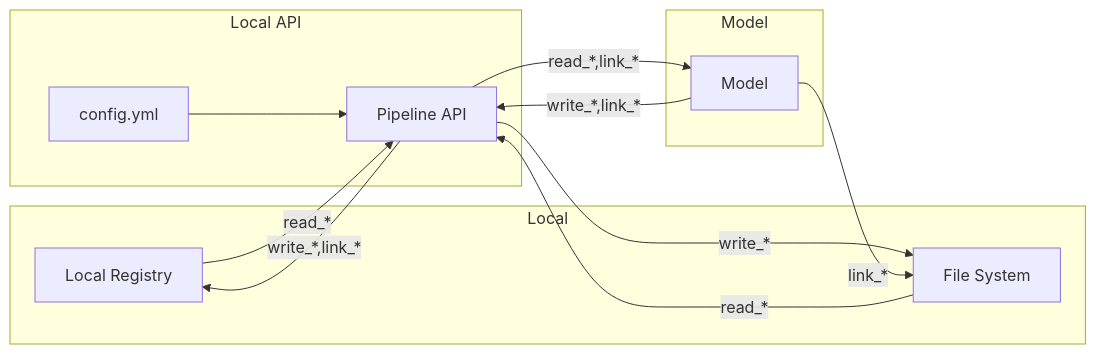
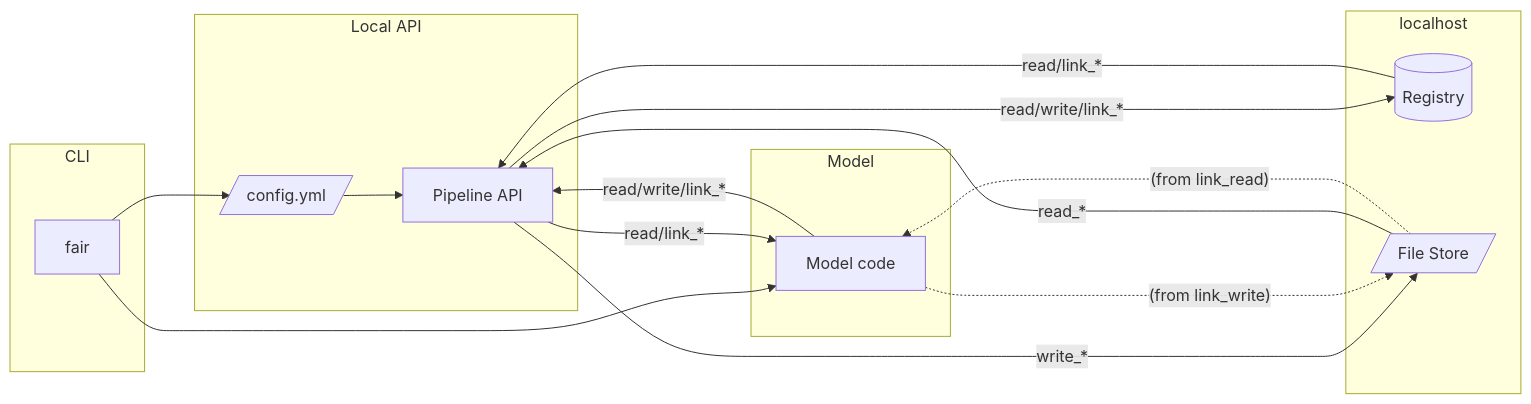
One commit to FAIRDataPipeline/hugo_source_files changed the first of 2 diagrams in content/_index.md. Above: the diagram before and after it, drawn with Mermaid. The commit also changed other lines of this file, not shown here.

Commit message:
Update flowcharts

```diff
--- a/content/_index.md
+++ b/content/_index.md
@@ -23,26 +23,30 @@
 {{<mermaid align="left">}}
-graph LR;
-    subgraph Local
-        LR[Local Registry]
-        FS[File System]
+flowchart LR;
+    subgraph CLI
+        fair
     end
     subgraph Local API
         API[Pipeline API]
-        CY[config.yml]
+        CY[/config.yml/]
+    end
+    subgraph localhost
+        LR[(Registry)]
+        FS[/File Store/]
     end
     subgraph Model
-        M[Model]
+        MC[Model code]
     end
  
-    LR -->|read_*| API
-    API-->|write_*,link_*| LR
-    FS-->|read_*| API
-    API-->|write_*| FS
+    fair --> CY --> API
 
-    CY-->API
+    fair --> MC
 
-    API-->|read_*,link_*|M
-    M-->|write_*,link_*|API
-    M-->|link_*|FS
+    MC --> |read/write/link_*| API --> |read/write/link_*| LR
+    LR --> |read/link_*| API --> |read/link_*| MC
+    API --> |write_*| FS
+    FS  --> |read_*| API
+
+    MC -...-> |"(from link_write)"|FS
+    FS -...-> |"(from link_read)"|MC
 
 {{< /mermaid >}}
```
